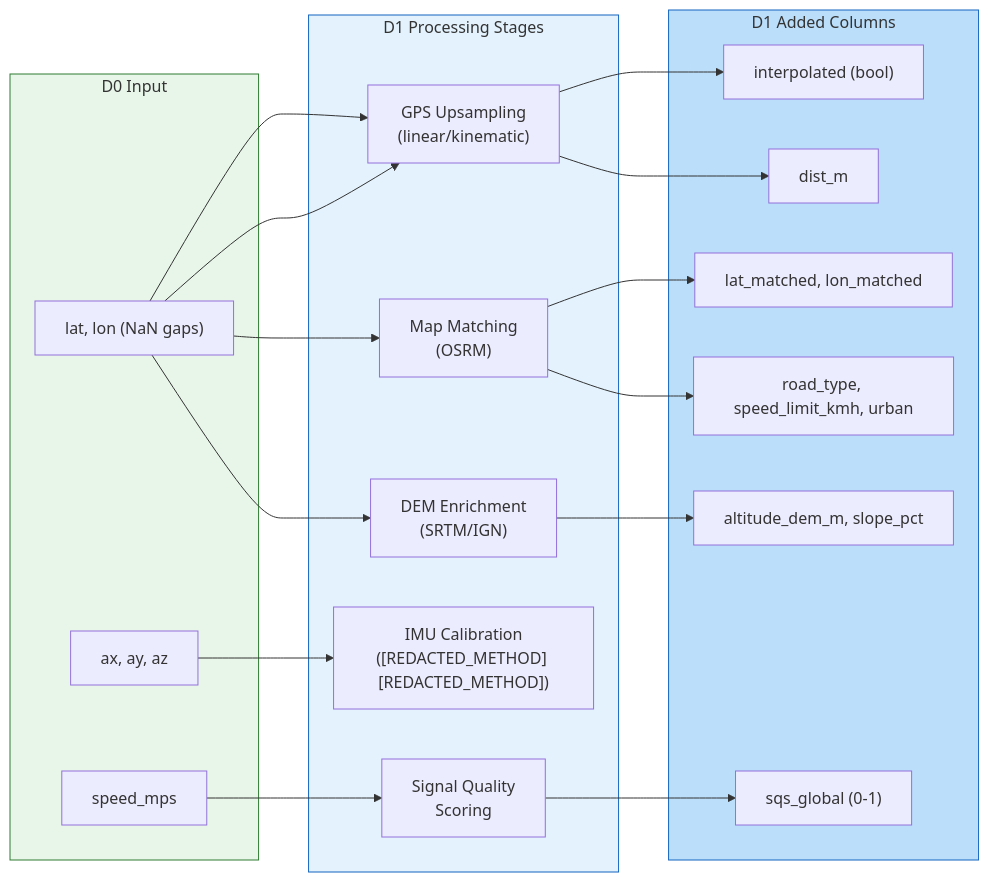
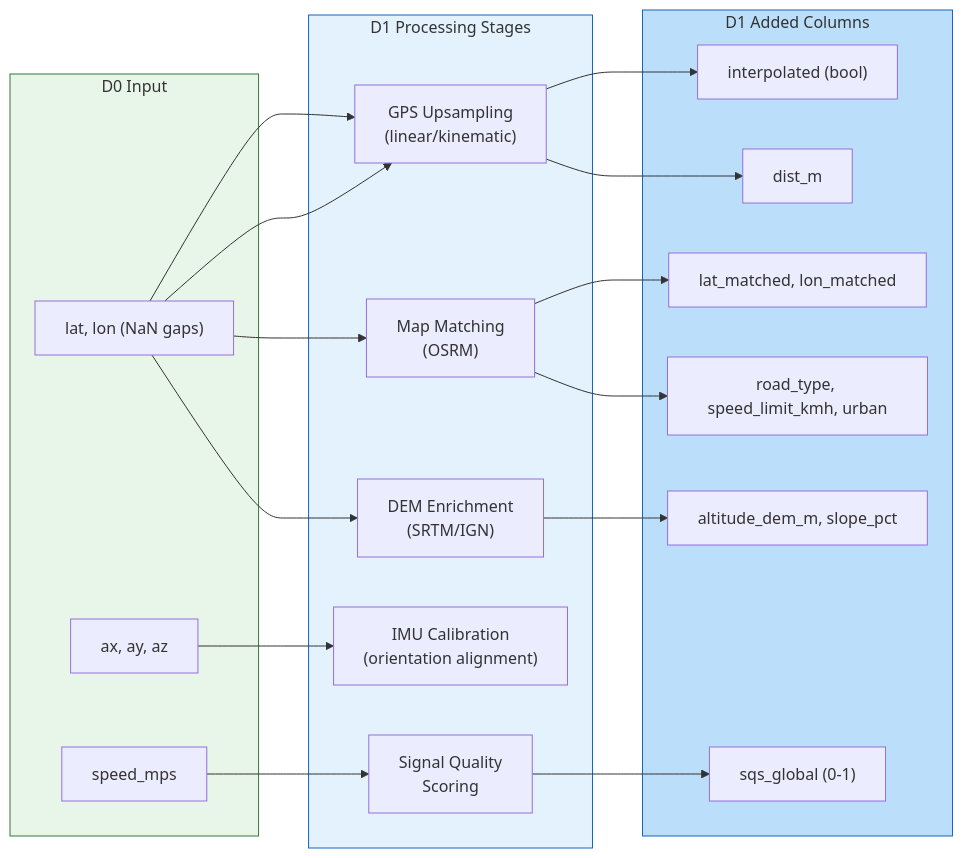
Before and after one commit to telemachus3/telemachus: the seventh of 9 diagrams in spec/SPEC-01-data-layers.md, drawn with Mermaid. The commit also changed other lines of this file and 4 other files, not shown here.

````diff
--- a/spec/SPEC-01-data-layers.md
+++ b/spec/SPEC-01-data-layers.md
@@ -368,37 +368,37 @@
 ```mermaid
 graph LR
     subgraph INPUT["D0 Input"]
         D0_GPS["lat, lon (NaN gaps)"]
         D0_IMU["ax, ay, az"]
         D0_SPD["speed_mps"]
     end
 
     subgraph STAGES["D1 Processing Stages"]
         S1["GPS Upsampling\n(linear/kinematic)"]
-        S2["IMU Calibration\n([REDACTED_METHOD] [REDACTED_METHOD])"]
+        S2["IMU Calibration\n(orientation alignment)"]
         S3["Map Matching\n(OSRM)"]
         S4["DEM Enrichment\n(SRTM/IGN)"]
         S5["Signal Quality\nScoring"]
     end
 
     subgraph OUTPUT["D1 Added Columns"]
         C1["interpolated (bool)"]
         C2["dist_m"]
         C3["lat_matched, lon_matched"]
         C4["road_type, speed_limit_kmh, urban"]
         C5["altitude_dem_m, slope_pct"]
         C6["sqs_global (0-1)"]
     end
 
     D0_GPS --> S1 --> C1
     D0_GPS --> S1 --> C2
     D0_GPS --> S3 --> C3
     S3 --> C4
     D0_GPS --> S4 --> C5
     D0_IMU --> S2
     D0_SPD --> S5 --> C6
 
     style INPUT fill:#e8f5e9,stroke:#2e7d32
     style STAGES fill:#e3f2fd,stroke:#1565c0
     style OUTPUT fill:#bbdefb,stroke:#1565c0
 ```
````
